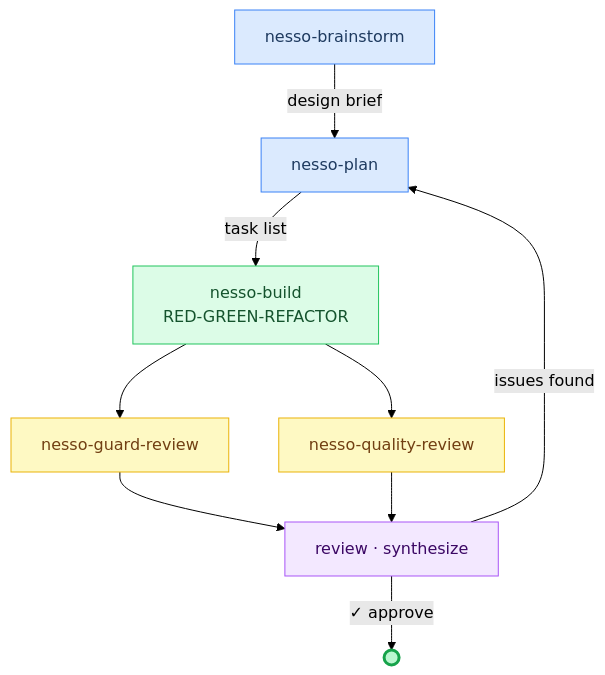
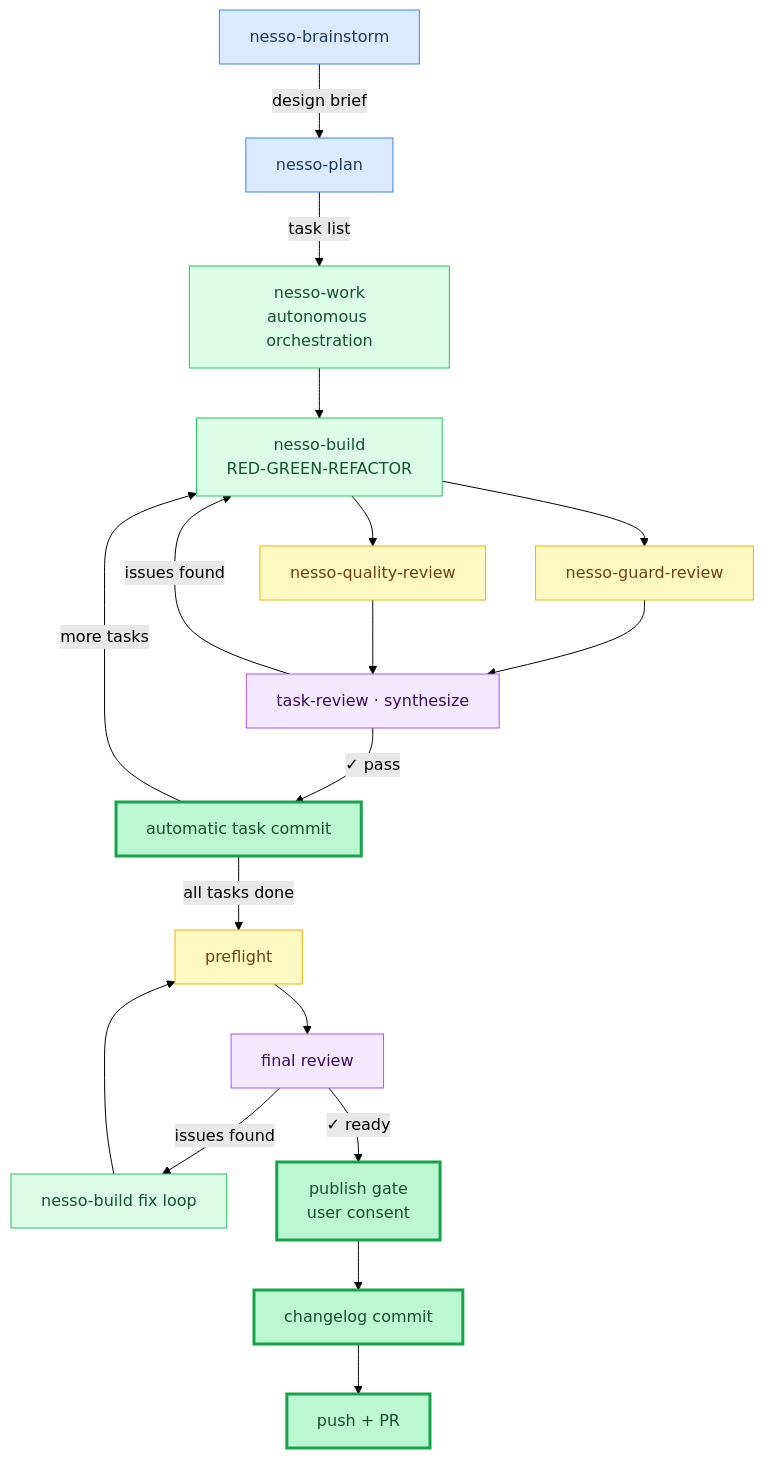
One commit to nesso-how/nesso changed the diagram in README.md. Above: the diagram before and after it, drawn with Mermaid (forest theme). The commit also changed other lines of this file and 35 other files, not shown here.

First line of the commit message:
feat(mentor): add live graph inspection tools (#150)

````diff
--- a/README.md
+++ b/README.md
@@ -90,17 +90,26 @@
 ```mermaid
 flowchart TD
   B["nesso-brainstorm"]:::plan -->|"design brief"| P["nesso-plan"]:::plan
-  P -->|"task list"| T["nesso-build<br>RED-GREEN-REFACTOR"]:::exec
+  P -->|"task list"| W["nesso-work<br>autonomous orchestration"]:::exec
+  W --> T["nesso-build<br>RED-GREEN-REFACTOR"]:::exec
   T --> GR["nesso-guard-review"]:::quality
   T --> QR["nesso-quality-review"]:::quality
-  GR --> S["review · synthesize"]:::review
+  GR --> S["task-review · synthesize"]:::review
   QR --> S
-  S -->|"✓ approve"| DONE((" ")):::done
-  S -->|"issues found"| P
+  S -->|"✓ pass"| C["automatic task commit"]:::done
+  S -->|"issues found"| T
+  C -->|"more tasks"| T
+  C -->|"all tasks done"| PF["preflight"]:::quality
+  PF --> FR["final review"]:::review
+  FR -->|"issues found"| FX["nesso-build fix loop"]:::exec
+  FX --> PF
+  FR -->|"✓ ready"| PG["publish gate<br>user consent"]:::done
+  PG --> CH["changelog commit"]:::done
+  CH --> PR["push + PR"]:::done
 
   classDef plan fill:#dbeafe,stroke:#3b82f6,color:#1e3a5f
   classDef exec fill:#dcfce7,stroke:#22c55e,color:#14532d
   classDef quality fill:#fef9c3,stroke:#eab308,color:#713f12
   classDef review fill:#f3e8ff,stroke:#a855f7,color:#3b0764
   classDef done fill:#bbf7d0,stroke:#16a34a,color:#14532d,stroke-width:3px
 ```
````
